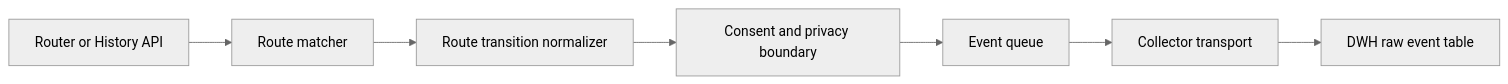
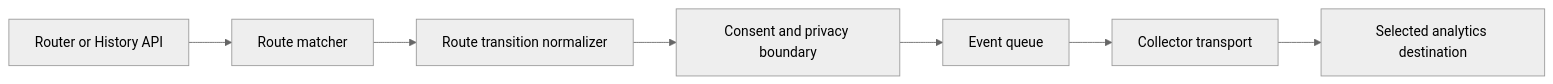
One commit to japboy/agent-marketplace changed the third of 4 diagrams in .agents/plugins/software-architecture/skills/architecture-pattern-application/references/route-state-product-analytics.md. Above: the diagram before and after it, drawn with Mermaid (neutral theme). The commit also changed other lines of this file and 1 other file, not shown here.

First line of the commit message:
docs: make analytics storage optional

````diff
--- a/.agents/plugins/software-architecture/skills/architecture-pattern-application/references/route-state-product-analytics.md
+++ b/.agents/plugins/software-architecture/skills/architecture-pattern-application/references/route-state-product-analytics.md
@@ -253,9 +253,9 @@
 ```mermaid
 flowchart LR
   A[Router or History API] --> B[Route matcher]
   B --> C[Route transition normalizer]
   C --> D[Consent and privacy boundary]
   D --> E[Event queue]
   E --> F[Collector transport]
-  F --> G[DWH raw event table]
+  F --> G[Selected analytics destination]
 ```
````
